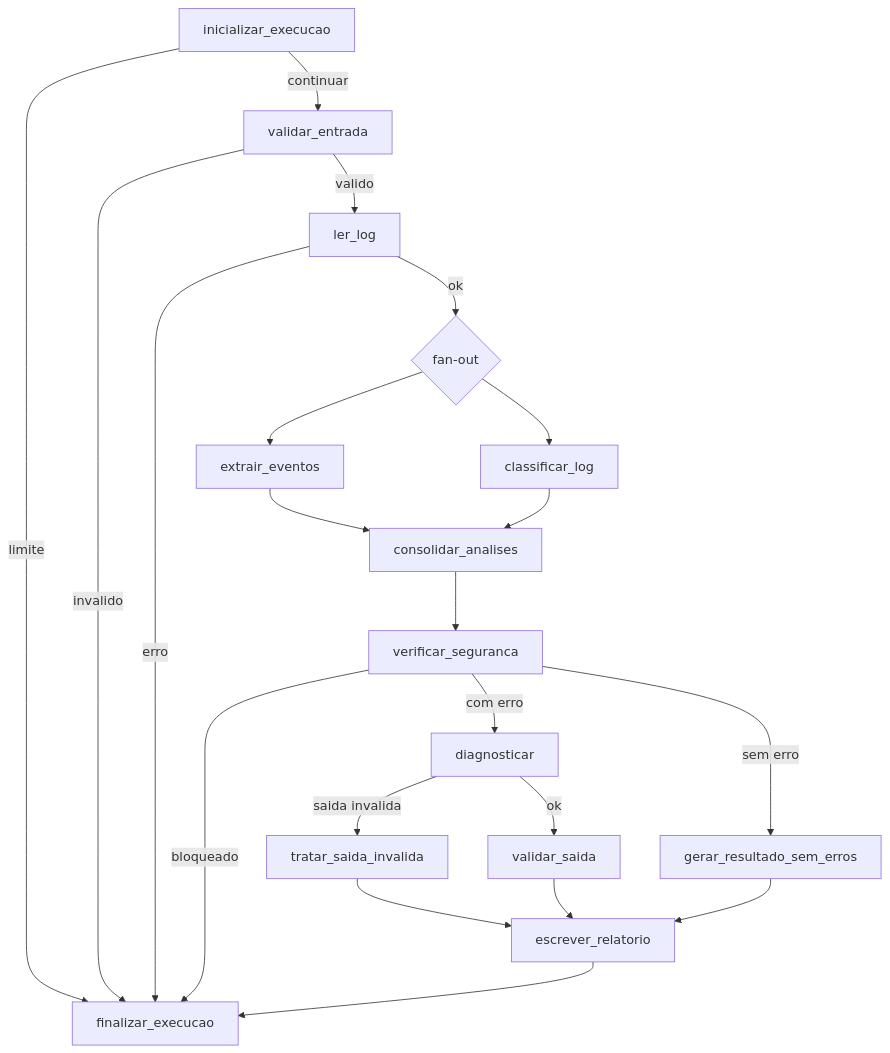
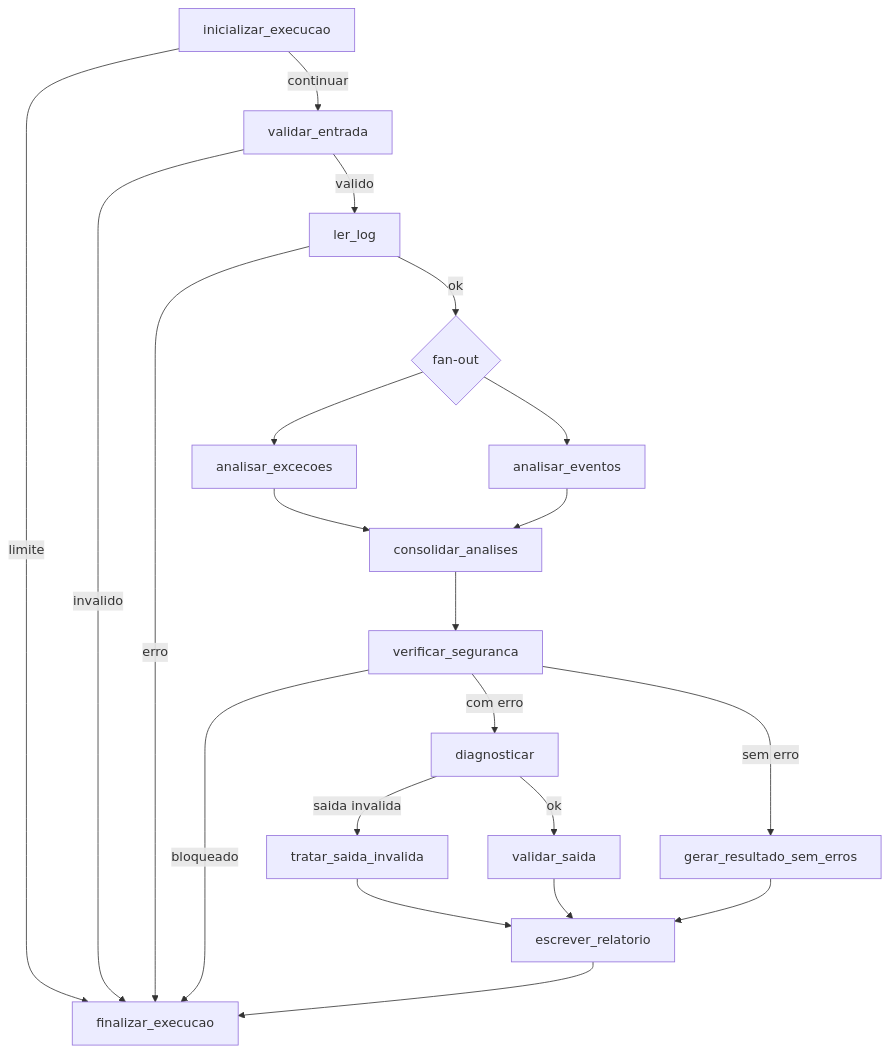
The diagram in README.md (edenilson-java/java-log-agent-projeto-avaliativo), drawn with Mermaid before and after one commit. The commit also changed other lines of this file and 3 other files, not shown here.

````diff
--- a/README.md
+++ b/README.md
@@ -67,23 +67,23 @@
 ```mermaid
 flowchart TD
     A[inicializar_execucao] -->|limite| Z[finalizar_execucao]
     A -->|continuar| B[validar_entrada]
     B -->|invalido| Z
     B -->|valido| C[ler_log]
     C -->|erro| Z
     C -->|ok| D{fan-out}
-    D --> E[extrair_eventos]
-    D --> F[classificar_log]
+    D --> E[analisar_excecoes]
+    D --> F[analisar_eventos]
     E --> G[consolidar_analises]
     F --> G
     G --> H[verificar_seguranca]
     H -->|bloqueado| Z
     H -->|sem erro| I[gerar_resultado_sem_erros]
     H -->|com erro| J[diagnosticar]
     J -->|saida invalida| K[tratar_saida_invalida]
     J -->|ok| L[validar_saida]
     K --> M[escrever_relatorio]
     L --> M
     I --> M
     M --> Z
 ```
````
